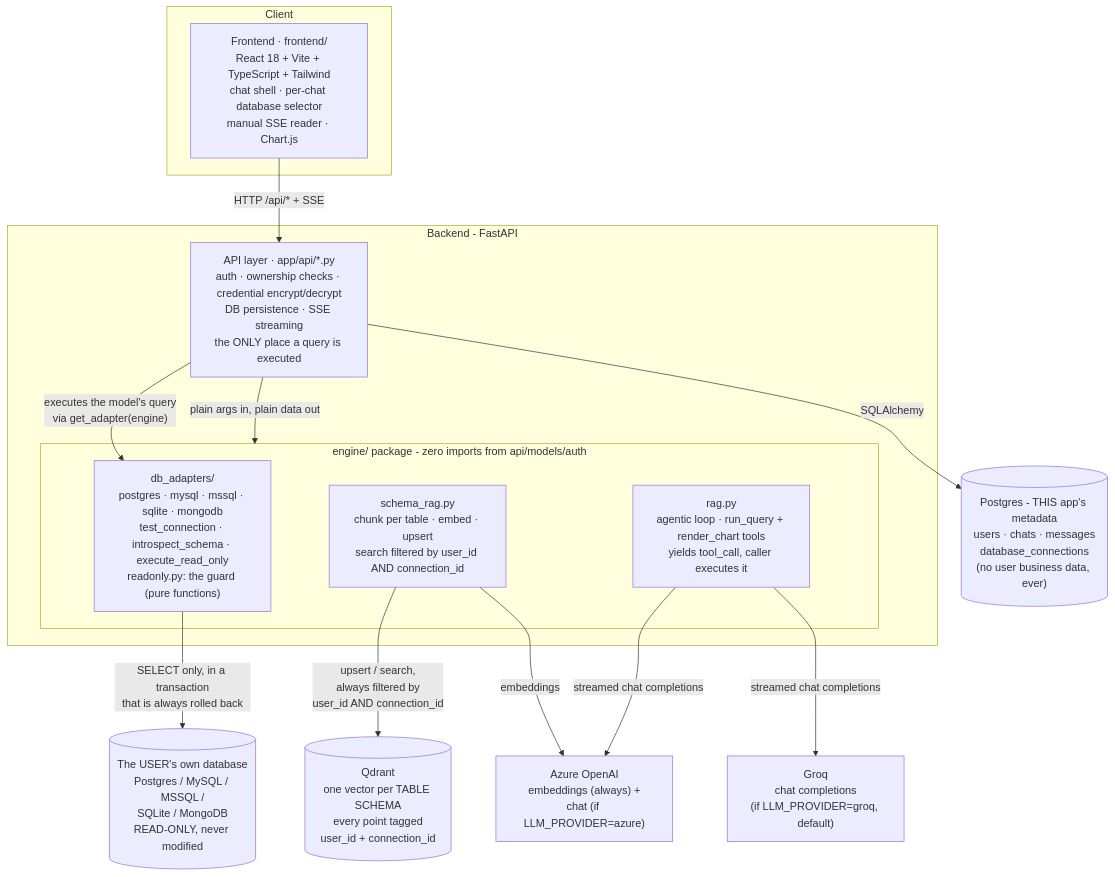
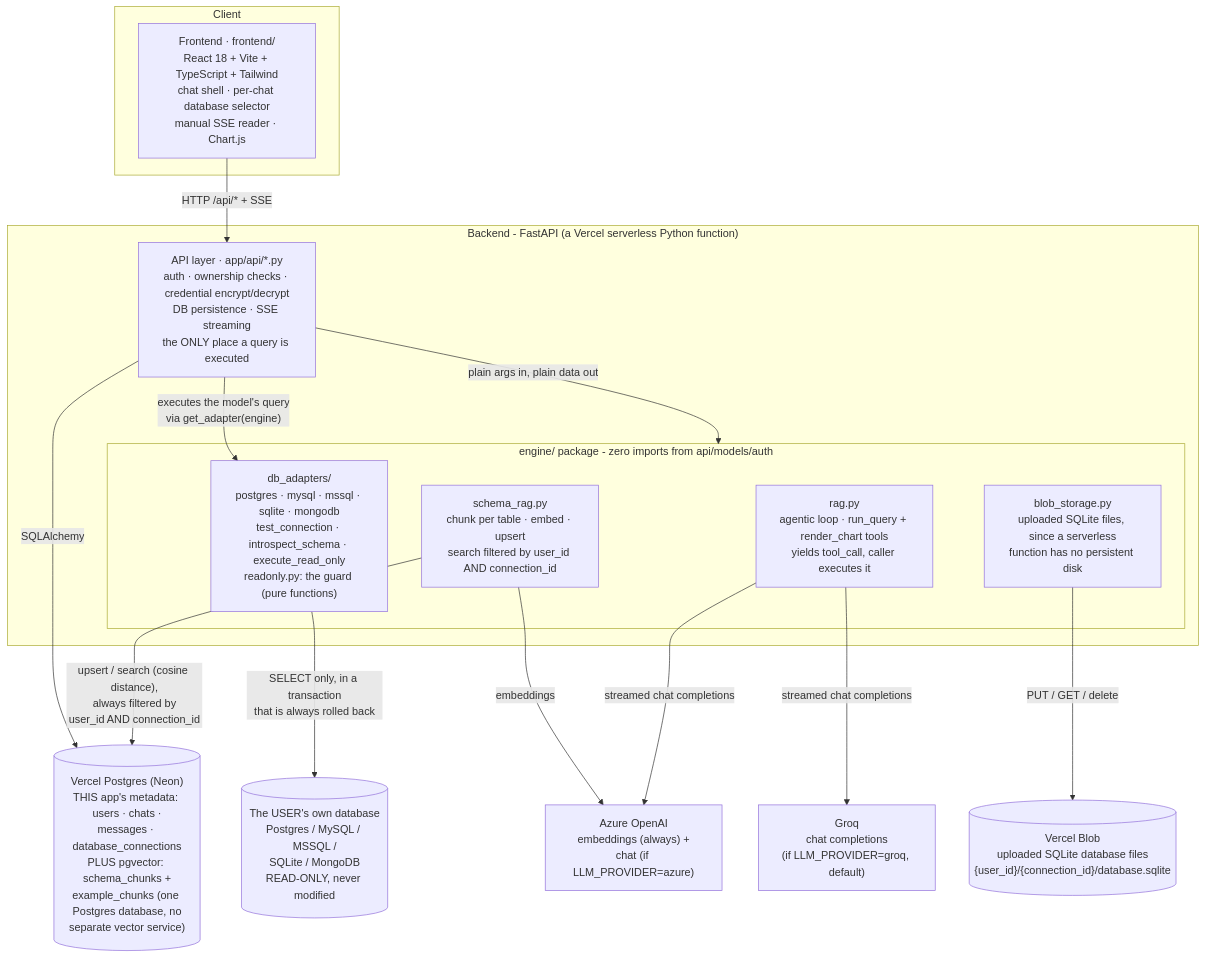
Before and after one commit to MuhammadWaqar621/private-data-assistant: the diagram in README.md, drawn with Mermaid. The commit also changed other lines of this file and 29 other files, not shown here.

Commit message:
Prepare for Vercel deployment: pgvector/Blob storage swap, serverless entrypoints

````diff
--- a/README.md
+++ b/README.md
@@ -57,31 +61,33 @@
 ```mermaid
 flowchart TB
     subgraph Client
         FE["Frontend · frontend/<br/>React 18 + Vite + TypeScript + Tailwind<br/>chat shell · per-chat database selector<br/>manual SSE reader · Chart.js"]
     end
 
-    subgraph Backend["Backend - FastAPI"]
+    subgraph Backend["Backend - FastAPI (a Vercel serverless Python function)"]
         API["API layer · app/api/*.py<br/>auth · ownership checks · credential encrypt/decrypt<br/>DB persistence · SSE streaming<br/>the ONLY place a query is executed"]
         subgraph ENGINE["engine/ package - zero imports from api/models/auth"]
             ADAPT["db_adapters/<br/>postgres · mysql · mssql · sqlite · mongodb<br/>test_connection · introspect_schema · execute_read_only<br/>readonly.py: the guard (pure functions)"]
             SRAG["schema_rag.py<br/>chunk per table · embed · upsert<br/>search filtered by user_id AND connection_id"]
             RAG["rag.py<br/>agentic loop · run_query + render_chart tools<br/>yields tool_call, caller executes it"]
+            BLOB["blob_storage.py<br/>uploaded SQLite files, since a serverless<br/>function has no persistent disk"]
         end
     end
 
-    PG[("Postgres - THIS app's metadata<br/>users · chats · messages<br/>database_connections<br/>(no user business data, ever)")]
-    QD[("Qdrant<br/>one vector per TABLE SCHEMA<br/>every point tagged<br/>user_id + connection_id")]
+    PG[("Vercel Postgres (Neon)<br/>THIS app's metadata: users · chats ·<br/>messages · database_connections<br/>PLUS pgvector: schema_chunks +<br/>example_chunks (one Postgres database, no<br/>separate vector service)")]
+    VB[("Vercel Blob<br/>uploaded SQLite database files<br/>{user_id}/{connection_id}/database.sqlite")]
     USERDB[("The USER's own database<br/>Postgres / MySQL / MSSQL /<br/>SQLite / MongoDB<br/>READ-ONLY, never modified")]
     AZ["Azure OpenAI<br/>embeddings (always) +<br/>chat (if LLM_PROVIDER=azure)"]
     GQ["Groq<br/>chat completions<br/>(if LLM_PROVIDER=groq, default)"]
 
     FE -- "HTTP /api/* + SSE" --> API
     API -- "plain args in, plain data out" --> ENGINE
     API -- "SQLAlchemy" --> PG
     API -- "executes the model's query<br/>via get_adapter(engine)" --> ADAPT
     ADAPT -- "SELECT only, in a transaction<br/>that is always rolled back" --> USERDB
-    SRAG -- "upsert / search,<br/>always filtered by<br/>user_id AND connection_id" --> QD
+    BLOB -- "PUT / GET / delete" --> VB
+    SRAG -- "upsert / search (cosine distance),<br/>always filtered by<br/>user_id AND connection_id" --> PG
     SRAG -- "embeddings" --> AZ
     RAG -- "streamed chat completions" --> GQ
     RAG -- "streamed chat completions" --> AZ
 ```
````
